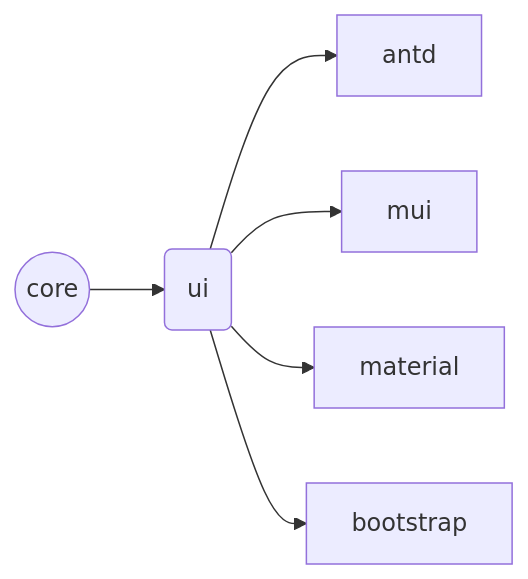
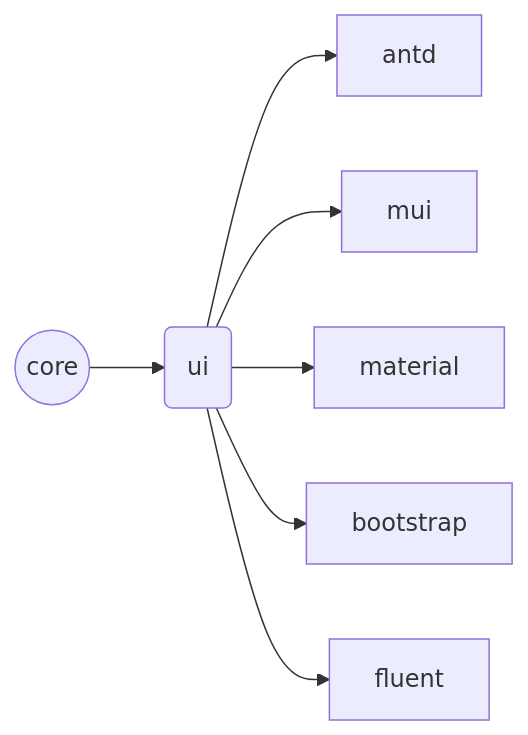
The diagram in README.md (ukrbublik/react-awesome-query-builder), drawn with Mermaid before and after one commit. The commit also changed other lines of this file and 49 other files, not shown here.

````diff
--- a/README.md
+++ b/README.md
@@ -89,8 +92,9 @@
 ```mermaid
 graph LR;
   core((core))-->ui(ui);
   ui-->antd;
   ui-->mui;
   ui-->material;
   ui-->bootstrap;
+  ui-->fluent;
 ```
````
